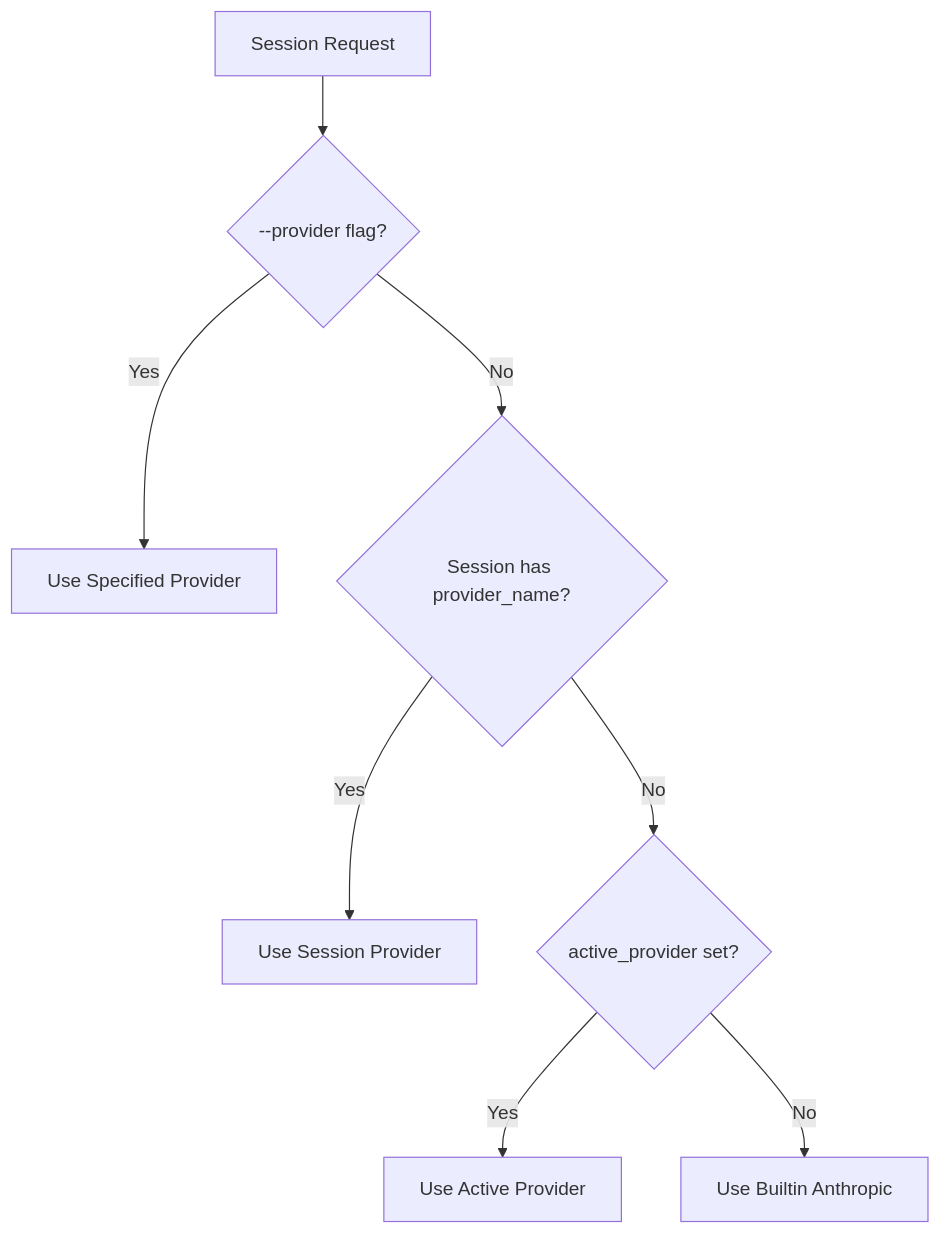
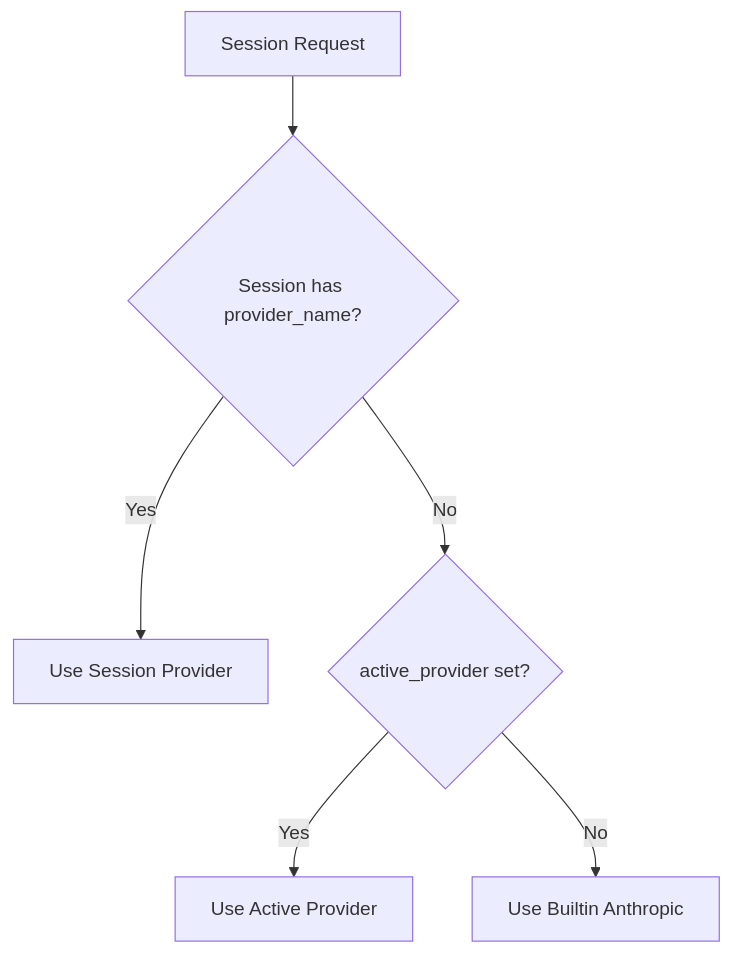
Before and after one commit to tuannvm/ccc: the diagram in docs/configuration.md, drawn with Mermaid. The commit also changed other lines of this file and 26 other files, not shown here.

````diff
--- a/docs/configuration.md
+++ b/docs/configuration.md
@@ -135,10 +145,8 @@
 ```mermaid
 graph TD
-    A[Session Request] --> B{--provider flag?}
-    B -->|Yes| C[Use Specified Provider]
-    B -->|No| D{Session has provider_name?}
+    A[Session Request] --> D{Session has provider_name?}
     D -->|Yes| E[Use Session Provider]
     D -->|No| F{active_provider set?}
     F -->|Yes| G[Use Active Provider]
     F -->|No| H[Use Builtin Anthropic]
 ```
````
